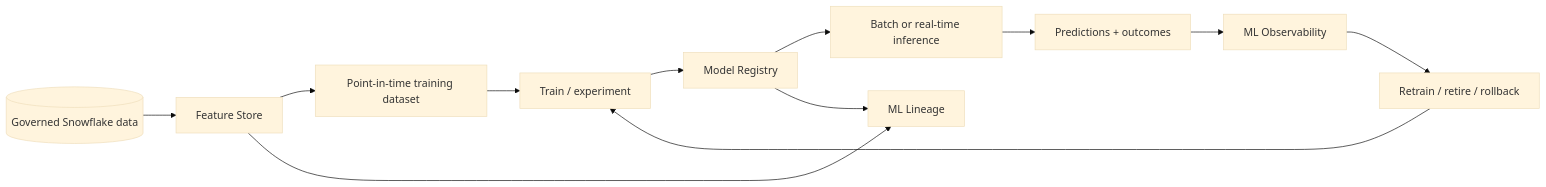
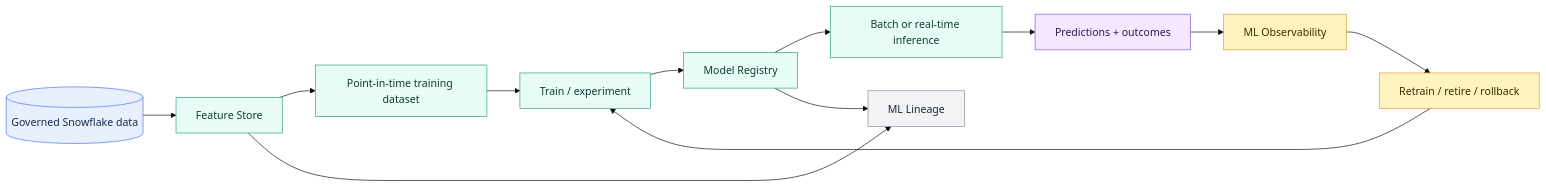
One commit to shonningsoy/Upskill changed the diagram in 01 Snowflake/05 Advanced Analytics and AI/41 Feature Store and ML Operations.md. Above: the diagram before and after it, drawn with Mermaid (base theme). The commit also changed other lines of this file and 12 other files, not shown here.

````diff
--- a/01 Snowflake/05 Advanced Analytics and AI/41 Feature Store and ML Operations.md
+++ b/01 Snowflake/05 Advanced Analytics and AI/41 Feature Store and ML Operations.md
@@ -76,14 +79,25 @@
 ```mermaid
 flowchart LR
     DATA[(Governed Snowflake data)] --> FS[Feature Store]
     FS --> DATASET[Point-in-time training dataset]
     DATASET --> TRAIN[Train / experiment]
     TRAIN --> REG[Model Registry]
     REG --> INFER[Batch or real-time inference]
     INFER --> PRED[Predictions + outcomes]
     PRED --> OBS[ML Observability]
     FS --> LINEAGE[ML Lineage]
     REG --> LINEAGE
     OBS --> DECIDE[Retrain / retire / rollback]
     DECIDE --> TRAIN
+
+    classDef input fill:#E8F0FE,stroke:#4C6EF5,color:#172B4D
+    classDef control fill:#FFF3BF,stroke:#D69E2E,color:#3D2E00
+    classDef snowflake fill:#E6FCF5,stroke:#2F9E7B,color:#123C34
+    classDef platform fill:#F1F3F5,stroke:#868E96,color:#212529
+    classDef output fill:#F3E8FF,stroke:#805AD5,color:#2D1B4E
+    class DATA input
+    class FS,DATASET,TRAIN,REG,INFER snowflake
+    class OBS,DECIDE control
+    class LINEAGE platform
+    class PRED output
 ```
````
